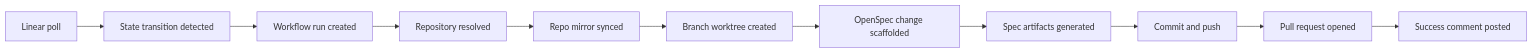
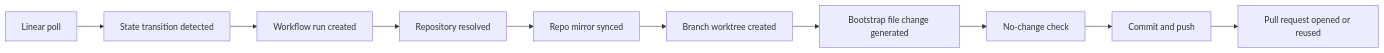
The diagram in docs/workflows.md (mngeow/heimdall), drawn with Mermaid before and after one commit. The commit also changed other lines of this file and 29 other files, not shown here.

````diff
--- a/docs/workflows.md
+++ b/docs/workflows.md
@@ -23,13 +23,12 @@
 ```mermaid
 flowchart LR
     Poll["Linear poll"] --> Transition["State transition detected"]
     Transition --> Run["Workflow run created"]
     Run --> Repo["Repository resolved"]
     Repo --> Mirror["Repo mirror synced"]
     Mirror --> Worktree["Branch worktree created"]
-    Worktree --> Change["OpenSpec change scaffolded"]
-    Change --> Artifacts["Spec artifacts generated"]
-    Artifacts --> Commit["Commit and push"]
-    Commit --> PR["Pull request opened"]
-    PR --> Comment["Success comment posted"]
+    Worktree --> Bootstrap["Bootstrap file change generated"]
+    Bootstrap --> Check["No-change check"]
+    Check --> Commit["Commit and push"]
+    Commit --> PR["Pull request opened or reused"]
 ```
````
